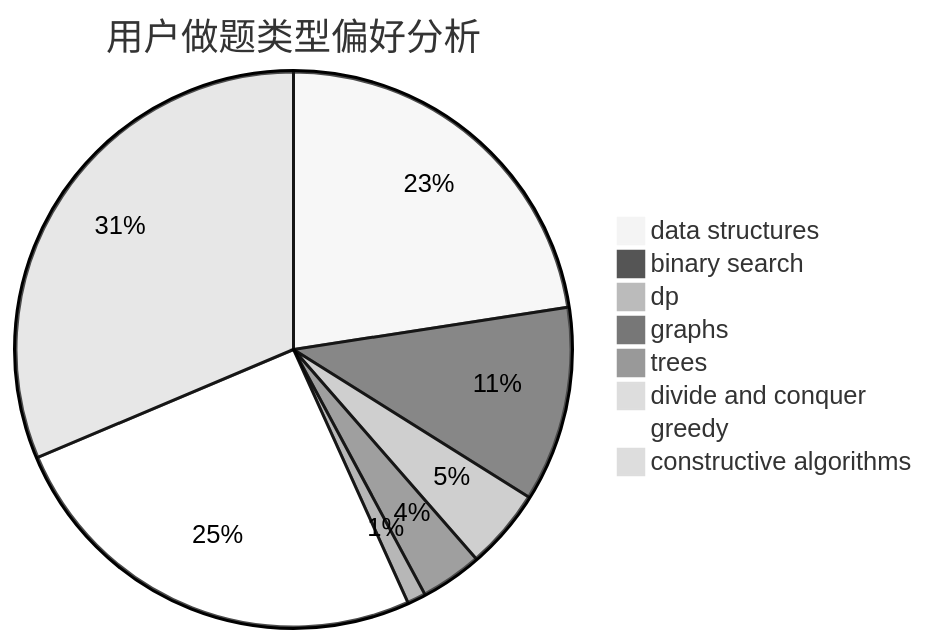
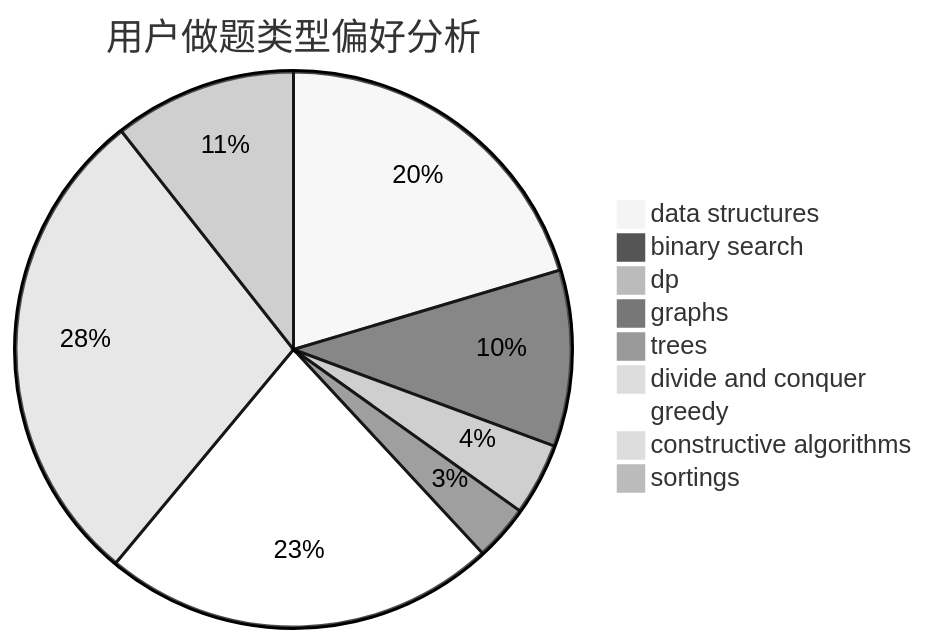
The second of 3 diagrams in docs/user/u1732.md (sherpahu/cfrs.github.io), drawn with Mermaid (neutral theme) before and after one commit. The commit also changed other lines of this file and 2769 other files, not shown here.

````diff
--- a/docs/user/u1732.md
+++ b/docs/user/u1732.md
@@ -23,11 +18,12 @@
 ```mermaid
 pie title 用户做题类型偏好分析
     "data structures" :  334
     "binary search" :  168
     "dp" :  69
     "graphs" :  53
     "trees" :  16
     "divide and conquer" :  0
     "greedy" :  376
     "constructive algorithms" :  464
+    "sortings" :  174
 ```
````
